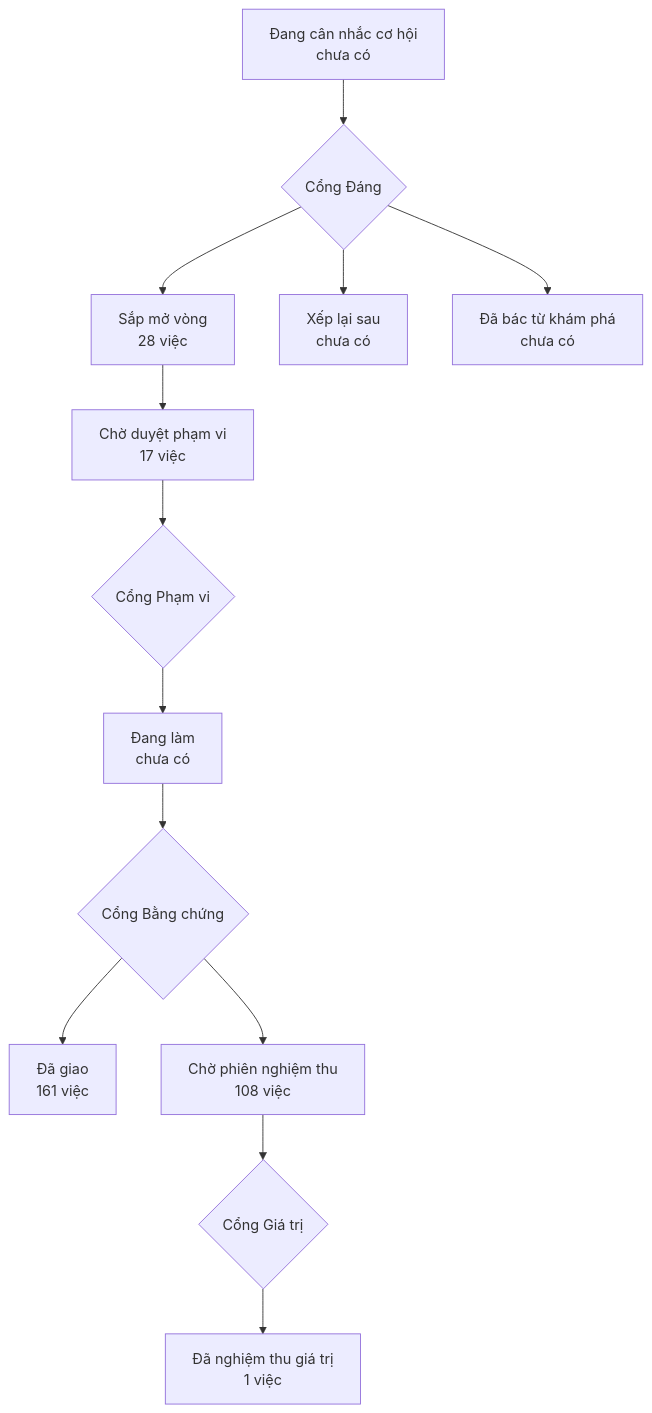
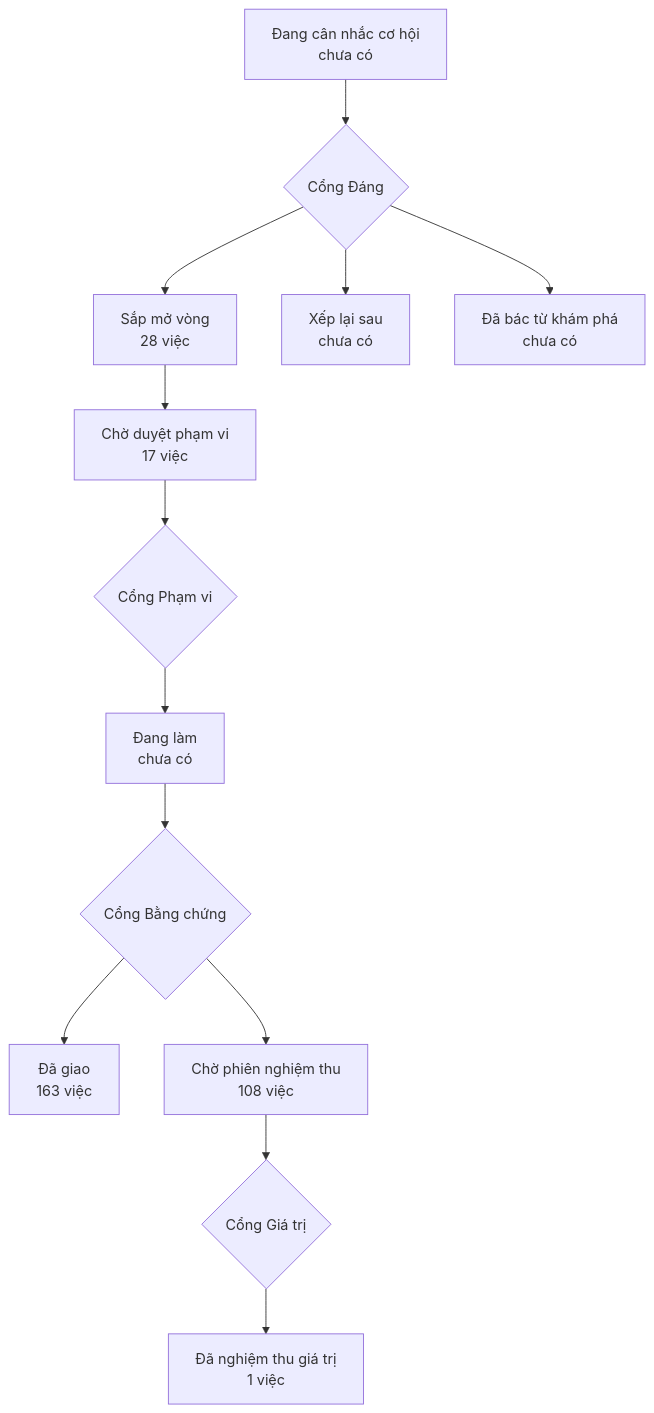
One commit to phanlemanh/onehub-invest changed the diagram in PRODUCT-MAP.md. Above: the diagram before and after it, drawn with Mermaid. The commit also changed other lines of this file and 1 other file, not shown here.

Commit message:
docs: sinh lại PRODUCT-MAP, LO-TRINH sau khi gộp main

````diff
--- a/PRODUCT-MAP.md
+++ b/PRODUCT-MAP.md
@@ -7,12 +7,12 @@
 ```mermaid
 flowchart TD
   A["Đang cân nhắc cơ hội<br/>chưa có"] --> GD{"Cổng Đáng"}
   GD --> B["Sắp mở vòng<br/>28 việc"]
   GD --> XL["Xếp lại sau<br/>chưa có"]
   GD --> DB["Đã bác từ khám phá<br/>chưa có"]
   B --> CD["Chờ duyệt phạm vi<br/>17 việc"] --> GP{"Cổng Phạm vi"}
   GP --> DL["Đang làm<br/>chưa có"] --> GB{"Cổng Bằng chứng"}
-  GB --> DG["Đã giao<br/>161 việc"]
+  GB --> DG["Đã giao<br/>163 việc"]
   GB --> CN["Chờ phiên nghiệm thu<br/>108 việc"] --> GG{"Cổng Giá trị"}
   GG --> NT["Đã nghiệm thu giá trị<br/>1 việc"]
 ```
````
